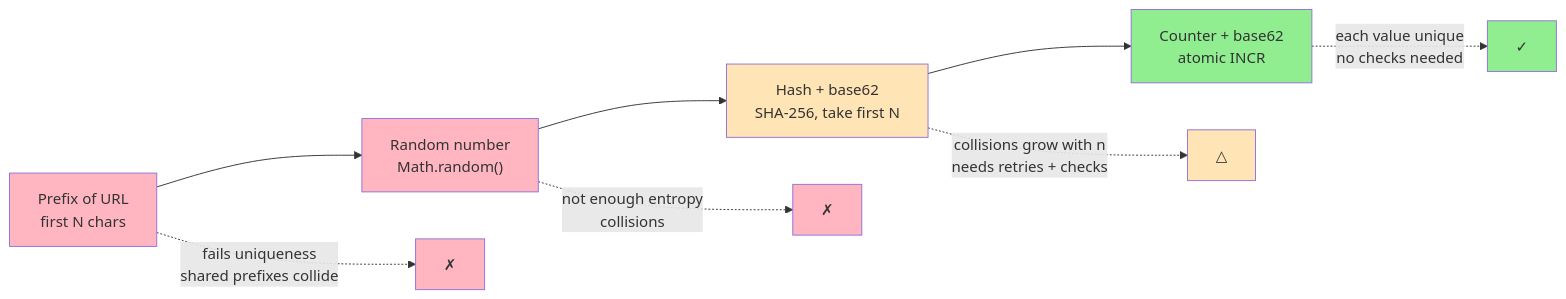
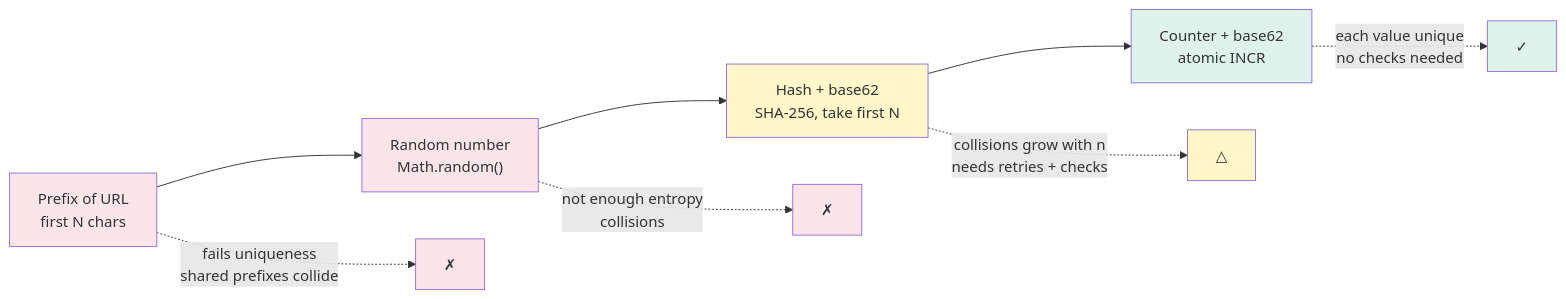
The first of 2 diagrams in LLD/SystemDesign/ProblemBreakdowns/Bitly.md (cartmancodes/InterviewVault), drawn with Mermaid before and after one commit. The commit also changed 679 other files, not shown here.

Commit message:
Unify content diagrams and add accessible visual walkthroughs

````diff
--- a/LLD/SystemDesign/ProblemBreakdowns/Bitly.md
+++ b/LLD/SystemDesign/ProblemBreakdowns/Bitly.md
@@ -269,20 +269,20 @@
 ```mermaid
 graph LR
     P["Prefix of URL<br/>first N chars"] --> R["Random number<br/>Math.random()"]
     R --> H["Hash + base62<br/>SHA-256, take first N"]
     H --> C["Counter + base62<br/>atomic INCR"]
 
     P -. "fails uniqueness<br/>shared prefixes collide" .-> X1["✗"]
     R -. "not enough entropy<br/>collisions" .-> X2["✗"]
     H -. "collisions grow with n<br/>needs retries + checks" .-> X3["△"]
     C -. "each value unique<br/>no checks needed" .-> X4["✓"]
 
-    style P fill:#FFB6C1
-    style R fill:#FFB6C1
-    style H fill:#FFE4B5
-    style C fill:#90EE90
-    style X1 fill:#FFB6C1
-    style X2 fill:#FFB6C1
-    style X3 fill:#FFE4B5
-    style X4 fill:#90EE90
+    style P fill:#FCE5EA
+    style R fill:#FCE5EA
+    style H fill:#FFF6C9
+    style C fill:#DDF3EC
+    style X1 fill:#FCE5EA
+    style X2 fill:#FCE5EA
+    style X3 fill:#FFF6C9
+    style X4 fill:#DDF3EC
 ```
````
